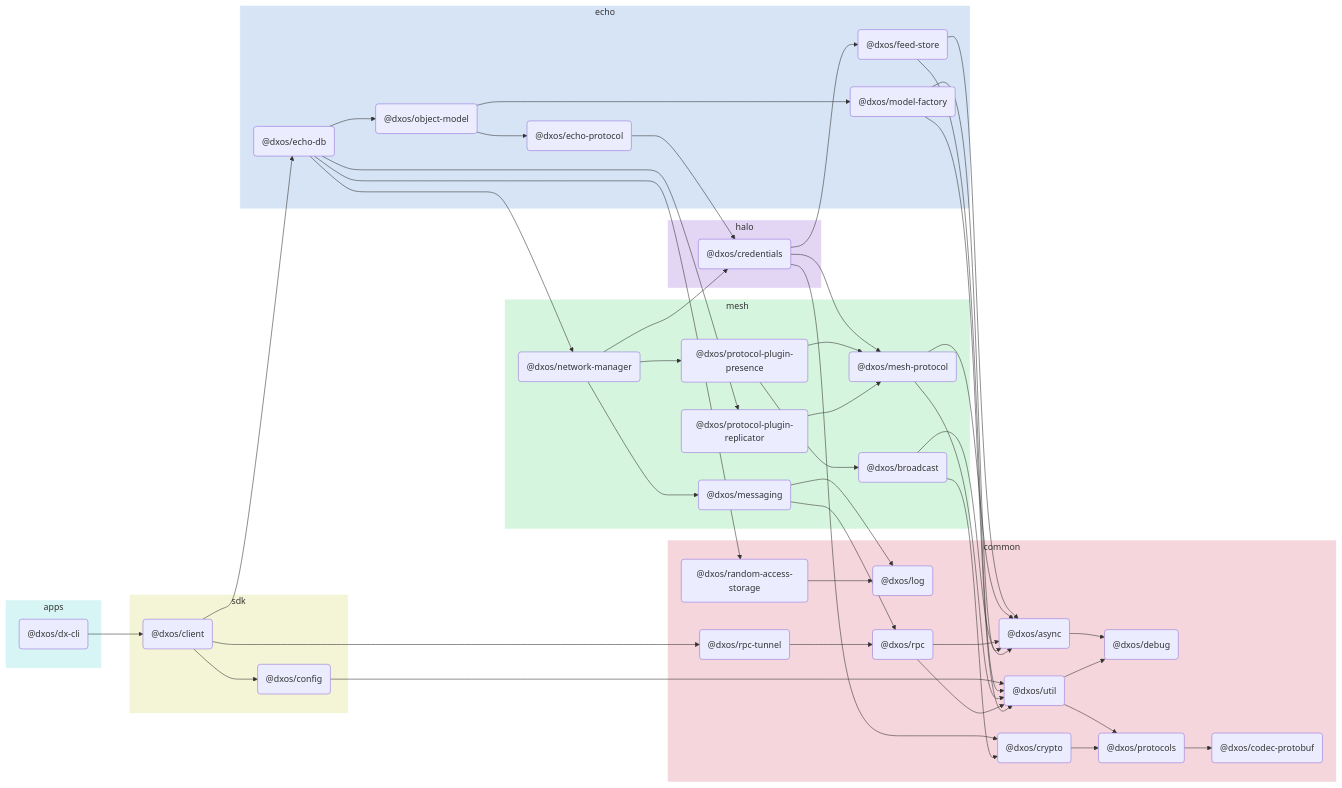
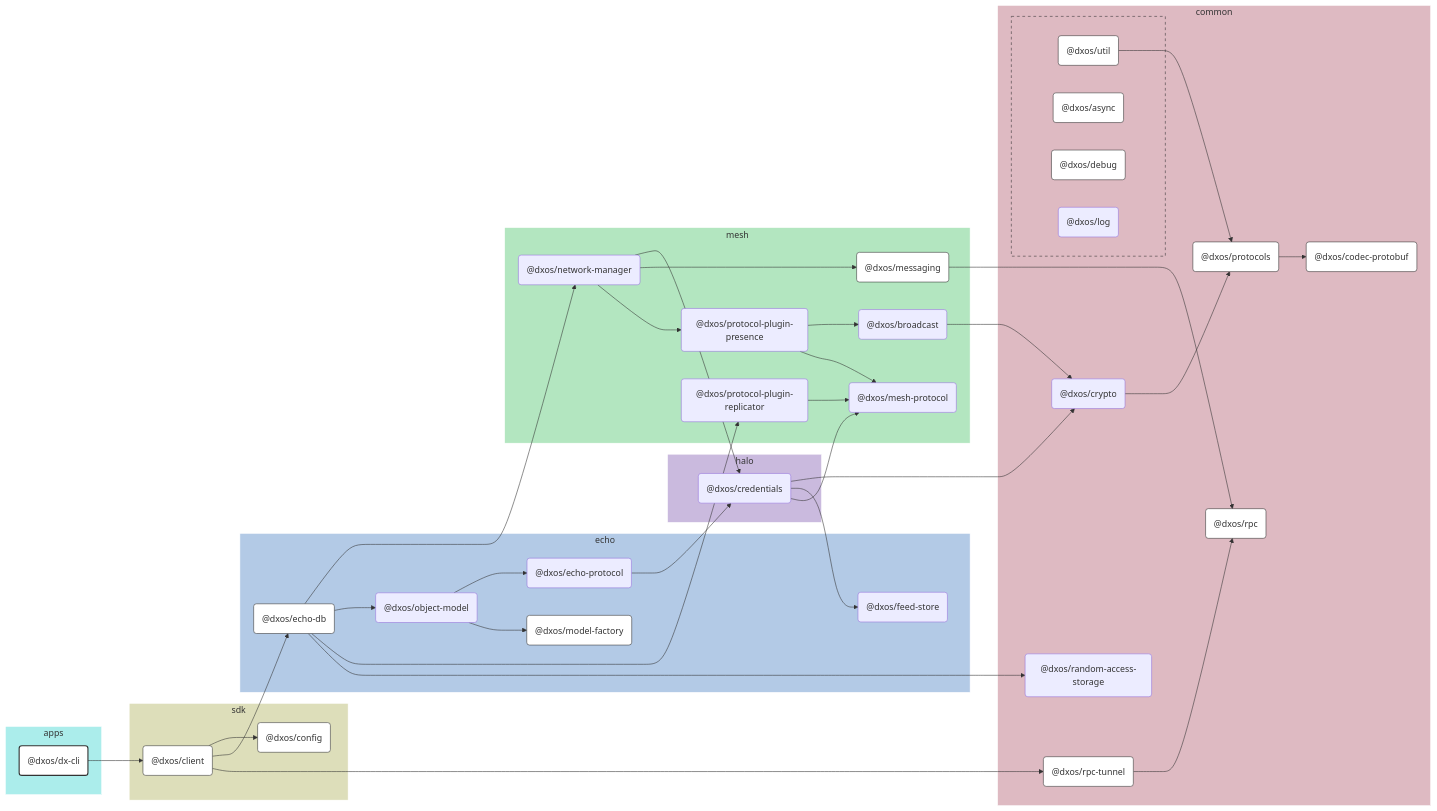
Before and after one commit to dxos/dxos: the diagram in apps/dx-cli/docs/README.md, drawn with Mermaid. The commit also changed other lines of this file and 109 other files, not shown here.

````diff
--- a/apps/dx-cli/docs/README.md
+++ b/apps/dx-cli/docs/README.md
@@ -5,93 +7,129 @@
 ```mermaid
-flowchart LR;
+%%{ init: {'flowchart':{'curve':'basis'}} }%%
 
+flowchart LR
+
+%% Links
+dxos/broadcast --> dxos/crypto;
+dxos/client --> dxos/config;
+dxos/client --> dxos/echo-db;
+dxos/client --> dxos/rpc-tunnel;
+dxos/credentials --> dxos/crypto;
+dxos/credentials --> dxos/feed-store;
+dxos/credentials --> dxos/mesh-protocol;
+dxos/crypto --> dxos/protocols;
+dxos/dx-cli --> dxos/client;
+dxos/echo-db --> dxos/network-manager;
+dxos/echo-db --> dxos/object-model;
+dxos/echo-db --> dxos/protocol-plugin-replicator;
+dxos/echo-db --> dxos/random-access-storage;
+dxos/echo-protocol --> dxos/credentials;
+dxos/messaging --> dxos/rpc;
+dxos/network-manager --> dxos/credentials;
+dxos/network-manager --> dxos/messaging;
+dxos/network-manager --> dxos/protocol-plugin-presence;
+dxos/object-model --> dxos/echo-protocol;
+dxos/object-model --> dxos/model-factory;
+dxos/protocol-plugin-presence --> dxos/broadcast;
+dxos/protocol-plugin-presence --> dxos/mesh-protocol;
+dxos/protocol-plugin-replicator --> dxos/mesh-protocol;
+dxos/protocols --> dxos/codec-protobuf;
+dxos/rpc-tunnel --> dxos/rpc;
+dxos/util --> dxos/protocols;
+
+%% Sections
 subgraph apps
-  style apps fill:#d6f5f4,stroke:#fff;
-  dxos/dx-cli("@dxos/dx-cli");
+  style apps fill:#abedeb,stroke:#fff;
+
+  dxos/dx-cli("@dxos/dx-cli")
 end
 
 subgraph common
-  style common fill:#f5d6dd,stroke:#fff;
-  dxos/async("@dxos/async");
-  dxos/debug("@dxos/debug");
-  dxos/codec-protobuf("@dxos/codec-protobuf");
-  dxos/protocols("@dxos/protocols");
-  dxos/util("@dxos/util");
-  dxos/log("@dxos/log");
-  dxos/crypto("@dxos/crypto");
-  dxos/rpc("@dxos/rpc");
-  dxos/random-access-storage("@dxos/random-access-storage");
-  dxos/rpc-tunnel("@dxos/rpc-tunnel");
+  style common fill:#debac2,stroke:#fff;
+
+  dxos/codec-protobuf("@dxos/codec-protobuf")
+  dxos/crypto("@dxos/crypto")
+  dxos/protocols("@dxos/protocols")
+  dxos/random-access-storage("@dxos/random-access-storage")
+  dxos/rpc("@dxos/rpc")
+  dxos/rpc-tunnel("@dxos/rpc-tunnel")
+
+  subgraph common-excluded [ ]
+    style common-excluded fill:#debac2,stroke:#333,stroke-dasharray:5 5;
+
+    dxos/async("@dxos/async")
+    dxos/debug("@dxos/debug")
+    dxos/log("@dxos/log")
+    dxos/util("@dxos/util")
+  end
 end
 
 subgraph sdk
-  style sdk fill:#f4f5d6,stroke:#fff;
-  dxos/client("@dxos/client");
-  dxos/config("@dxos/config");
+  style sdk fill:#dddeba,stroke:#fff;
+
+  dxos/client("@dxos/client")
+  dxos/config("@dxos/config")
 end
 
 subgraph echo
-  style echo fill:#d6e4f5,stroke:#fff;
-  dxos/echo-db("@dxos/echo-db");
-  dxos/feed-store("@dxos/feed-store");
-  dxos/echo-protocol("@dxos/echo-protocol");
-  dxos/model-factory("@dxos/model-factory");
-  dxos/object-model("@dxos/object-model");
+  style echo fill:#b3cae6,stroke:#fff;
+
+  dxos/echo-db("@dxos/echo-db")
+  dxos/echo-protocol("@dxos/echo-protocol")
+  dxos/feed-store("@dxos/feed-store")
+  dxos/model-factory("@dxos/model-factory")
+  dxos/object-model("@dxos/object-model")
 end
 
 subgraph halo
-  style halo fill:#e3d6f5,stroke:#fff;
-  dxos/credentials("@dxos/credentials");
+  style halo fill:#cabade,stroke:#fff;
+
+  dxos/credentials("@dxos/credentials")
 end
 
 subgraph mesh
-  style mesh fill:#d6f5de,stroke:#fff;
-  dxos/mesh-protocol("@dxos/mesh-protocol");
-  dxos/messaging("@dxos/messaging");
-  dxos/network-manager("@dxos/network-manager");
-  dxos/protocol-plugin-presence("@dxos/protocol-plugin-presence");
-  dxos/broadcast("@dxos/broadcast");
-  dxos/protocol-plugin-replicator("@dxos/protocol-plugin-replicator");
+  style mesh fill:#b3e6c0,stroke:#fff;
+
+  dxos/broadcast("@dxos/broadcast")
+  dxos/mesh-protocol("@dxos/mesh-protocol")
+  dxos/messaging("@dxos/messaging")
+  dxos/network-manager("@dxos/network-manager")
+  dxos/protocol-plugin-presence("@dxos/protocol-plugin-presence")
+  dxos/protocol-plugin-replicator("@dxos/protocol-plugin-replicator")
 end
 
-dxos/async --> dxos/debug;
-dxos/dx-cli --> dxos/client;
-dxos/client --> dxos/config;
-dxos/protocols --> dxos/codec-protobuf;
-dxos/config --> dxos/util;
-dxos/util --> dxos/debug;
-dxos/util --> dxos/protocols;
-dxos/client --> dxos/echo-db;
-dxos/credentials --> dxos/crypto;
-dxos/crypto --> dxos/protocols;
-dxos/credentials --> dxos/feed-store;
-dxos/feed-store --> dxos/async;
-dxos/feed-store --> dxos/util;
-dxos/credentials --> dxos/mesh-protocol;
-dxos/mesh-protocol --> dxos/async;
-dxos/mesh-protocol --> dxos/util;
-dxos/echo-protocol --> dxos/credentials;
-dxos/messaging --> dxos/log;
-dxos/messaging --> dxos/rpc;
-dxos/rpc --> dxos/async;
-dxos/rpc --> dxos/util;
-dxos/model-factory --> dxos/async;
-dxos/model-factory --> dxos/util;
-dxos/echo-db --> dxos/network-manager;
-dxos/network-manager --> dxos/credentials;
-dxos/network-manager --> dxos/messaging;
-dxos/network-manager --> dxos/protocol-plugin-presence;
-dxos/protocol-plugin-presence --> dxos/broadcast;
-dxos/broadcast --> dxos/async;
-dxos/broadcast --> dxos/crypto;
-dxos/protocol-plugin-presence --> dxos/mesh-protocol;
-dxos/echo-db --> dxos/object-model;
-dxos/object-model --> dxos/echo-protocol;
-dxos/object-model --> dxos/model-factory;
-dxos/echo-db --> dxos/protocol-plugin-replicator;
-dxos/protocol-plugin-replicator --> dxos/mesh-protocol;
-dxos/echo-db --> dxos/random-access-storage;
-dxos/random-access-storage --> dxos/log;
-dxos/client --> dxos/rpc-tunnel;
-dxos/rpc-tunnel --> dxos/rpc;
+
+%% Hyperlinks
+click dxos/async href "https:/github.com/dxos/dxos/tree/main/packages/common/async/docs";
+click dxos/client href "https:/github.com/dxos/dxos/tree/main/packages/sdk/client/docs";
+click dxos/codec-protobuf href "https:/github.com/dxos/dxos/tree/main/packages/common/codec-protobuf/docs";
+click dxos/config href "https:/github.com/dxos/dxos/tree/main/packages/sdk/config/docs";
+click dxos/debug href "https:/github.com/dxos/dxos/tree/main/packages/common/debug/docs";
+click dxos/echo-db href "https:/github.com/dxos/dxos/tree/main/packages/echo/echo-db/docs";
+click dxos/messaging href "https:/github.com/dxos/dxos/tree/main/packages/mesh/messaging/docs";
+click dxos/model-factory href "https:/github.com/dxos/dxos/tree/main/packages/echo/model-factory/docs";
+click dxos/protocols href "https:/github.com/dxos/dxos/tree/main/packages/common/protocols/docs";
+click dxos/rpc href "https:/github.com/dxos/dxos/tree/main/packages/common/rpc/docs";
+click dxos/rpc-tunnel href "https:/github.com/dxos/dxos/tree/main/packages/common/rpc-tunnel/docs";
+click dxos/util href "https:/github.com/dxos/dxos/tree/main/packages/common/util/docs";
+
+%% Styles
+classDef rootNode fill:#fff,stroke:#333,stroke-width:2px
+classDef defaultNode fill:#fff,stroke:#333,stroke-width:1px
+linkStyle default stroke:#333,stroke-width:1px
+
+dxos/dx-cli:::rootNode
+
+dxos/async:::defaultNode
+dxos/client:::defaultNode
+dxos/codec-protobuf:::defaultNode
+dxos/config:::defaultNode
+dxos/debug:::defaultNode
+dxos/echo-db:::defaultNode
+dxos/messaging:::defaultNode
+dxos/model-factory:::defaultNode
+dxos/protocols:::defaultNode
+dxos/rpc:::defaultNode
+dxos/rpc-tunnel:::defaultNode
+dxos/util:::defaultNode
 ```
````
